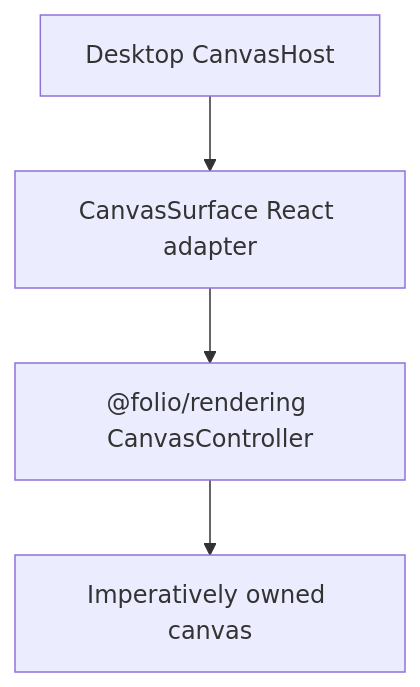
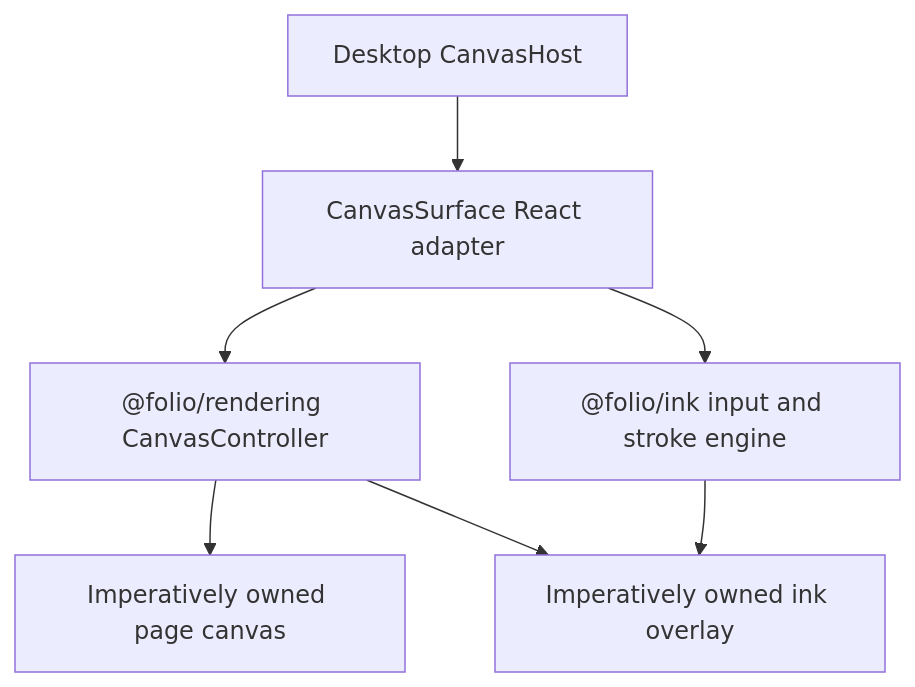
The diagram in packages/editor/README.md (ritikpandey1981/digital-notes), drawn with Mermaid before and after one commit. The commit also changed other lines of this file and 29 other files, not shown here.

````diff
--- a/packages/editor/README.md
+++ b/packages/editor/README.md
@@ -7,6 +7,9 @@
 ```mermaid
 flowchart TD
     CanvasHost["Desktop CanvasHost"] --> CanvasSurface["CanvasSurface React adapter"]
     CanvasSurface --> Controller["@folio/rendering CanvasController"]
-    Controller --> Canvas["Imperatively owned canvas"]
+    Controller --> Page["Imperatively owned page canvas"]
+    Controller --> InkCanvas["Imperatively owned ink overlay"]
+    CanvasSurface --> Ink["@folio/ink input and stroke engine"]
+    Ink --> InkCanvas
 ```
````
